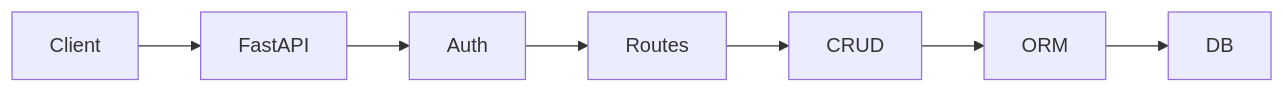
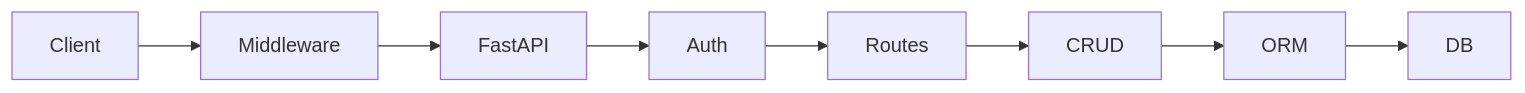
One commit to NathS04/comp3011-cw1-api changed the diagram in docs/PRESENTATION_OUTLINE.md. Above: the diagram before and after it, drawn with Mermaid. The commit also changed other lines of this file, not shown here.

````diff
--- a/docs/PRESENTATION_OUTLINE.md
+++ b/docs/PRESENTATION_OUTLINE.md
@@ -36,4 +36,4 @@
 ```mermaid
 flowchart LR
-    Client --> FastAPI --> Auth --> Routes --> CRUD --> ORM --> DB
+    Client --> Middleware --> FastAPI --> Auth --> Routes --> CRUD --> ORM --> DB
 ```
````
